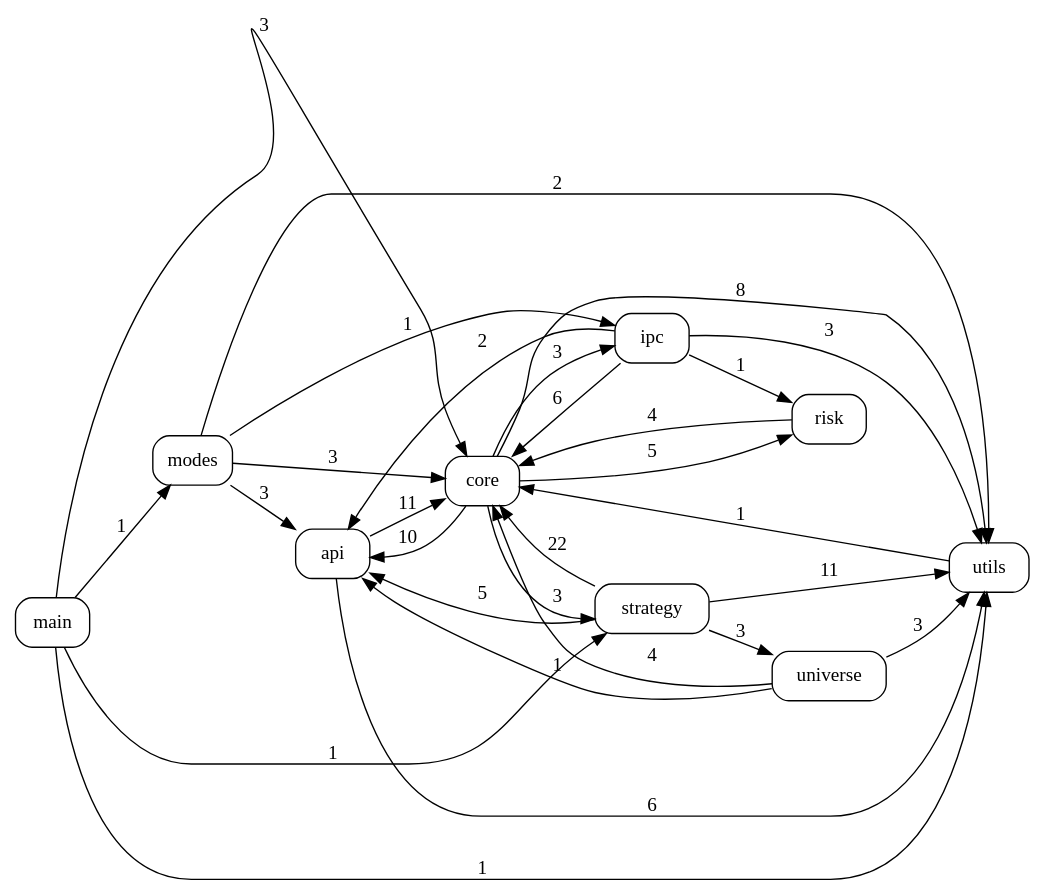
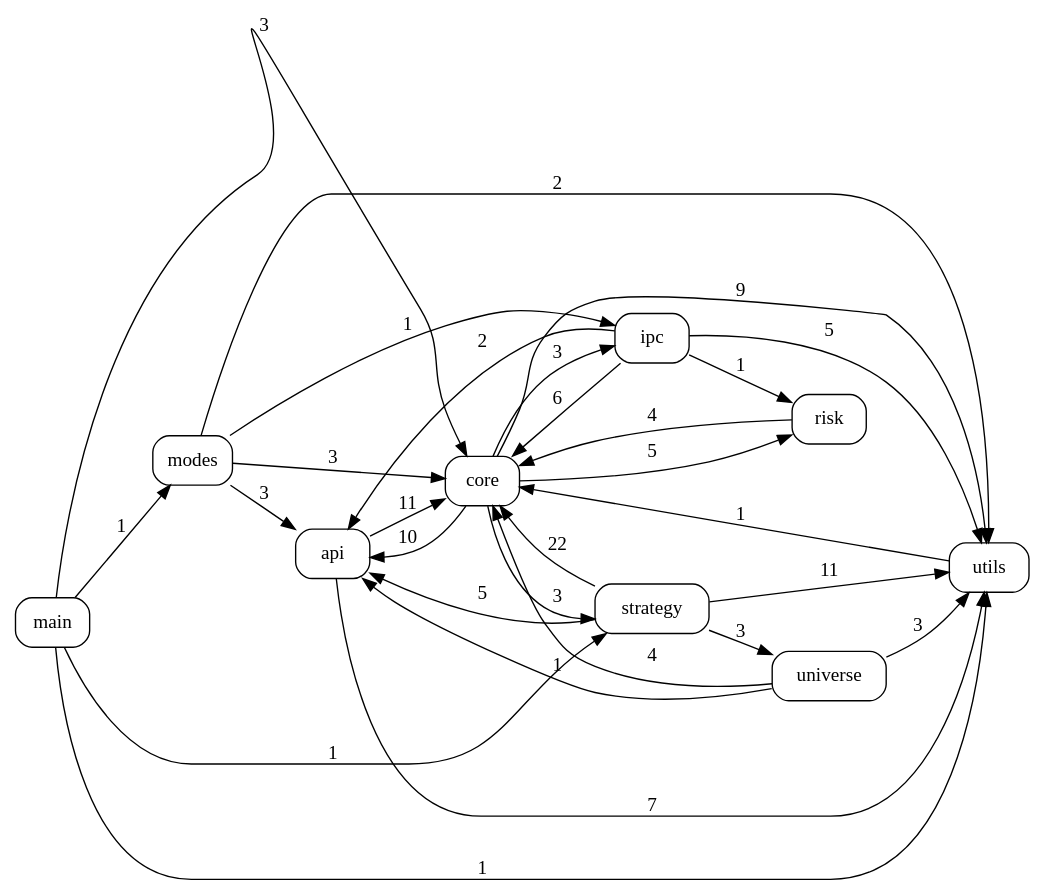
One commit to pypy8171/Quant changed the diagram in docs/code_graph.dot. Above: the diagram before and after it, drawn with Graphviz. The commit also changed 21 other files, not shown here.

```diff
--- a/docs/code_graph.dot
+++ b/docs/code_graph.dot
@@ -1,41 +1,41 @@
 digraph code_graph {
   rankdir=LR;
   node [shape=box, style=rounded, fontname="Consolas"];
   "api";
   "core";
   "ipc";
   "main";
   "modes";
   "risk";
   "strategy";
   "universe";
   "utils";
   "api" -> "core" [label="11"];
-  "api" -> "utils" [label="6"];
+  "api" -> "utils" [label="7"];
   "core" -> "api" [label="10"];
   "core" -> "ipc" [label="3"];
   "core" -> "risk" [label="5"];
   "core" -> "strategy" [label="3"];
-  "core" -> "utils" [label="8"];
+  "core" -> "utils" [label="9"];
   "ipc" -> "api" [label="2"];
   "ipc" -> "core" [label="6"];
   "ipc" -> "risk" [label="1"];
-  "ipc" -> "utils" [label="3"];
+  "ipc" -> "utils" [label="5"];
   "main" -> "core" [label="3"];
   "main" -> "modes" [label="1"];
   "main" -> "strategy" [label="1"];
   "main" -> "utils" [label="1"];
   "modes" -> "api" [label="3"];
   "modes" -> "core" [label="3"];
   "modes" -> "ipc" [label="1"];
   "modes" -> "utils" [label="2"];
   "risk" -> "core" [label="4"];
   "strategy" -> "api" [label="5"];
   "strategy" -> "core" [label="22"];
   "strategy" -> "universe" [label="3"];
   "strategy" -> "utils" [label="11"];
   "universe" -> "api" [label="1"];
   "universe" -> "core" [label="4"];
   "universe" -> "utils" [label="3"];
   "utils" -> "core" [label="1"];
 }
```
